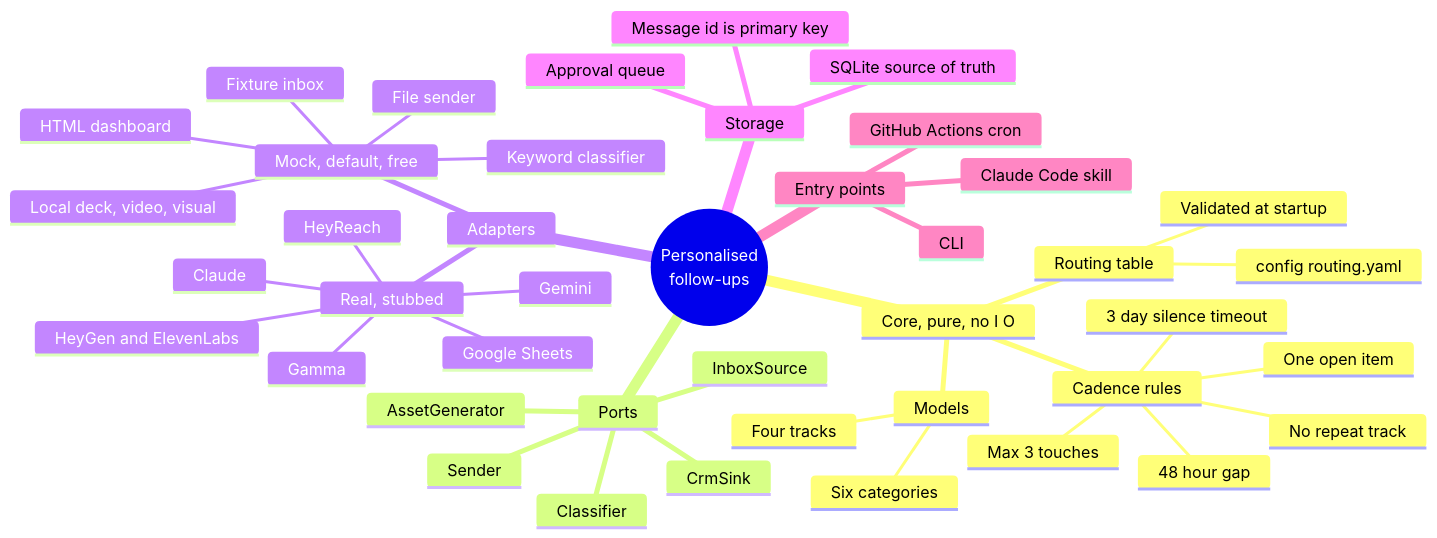
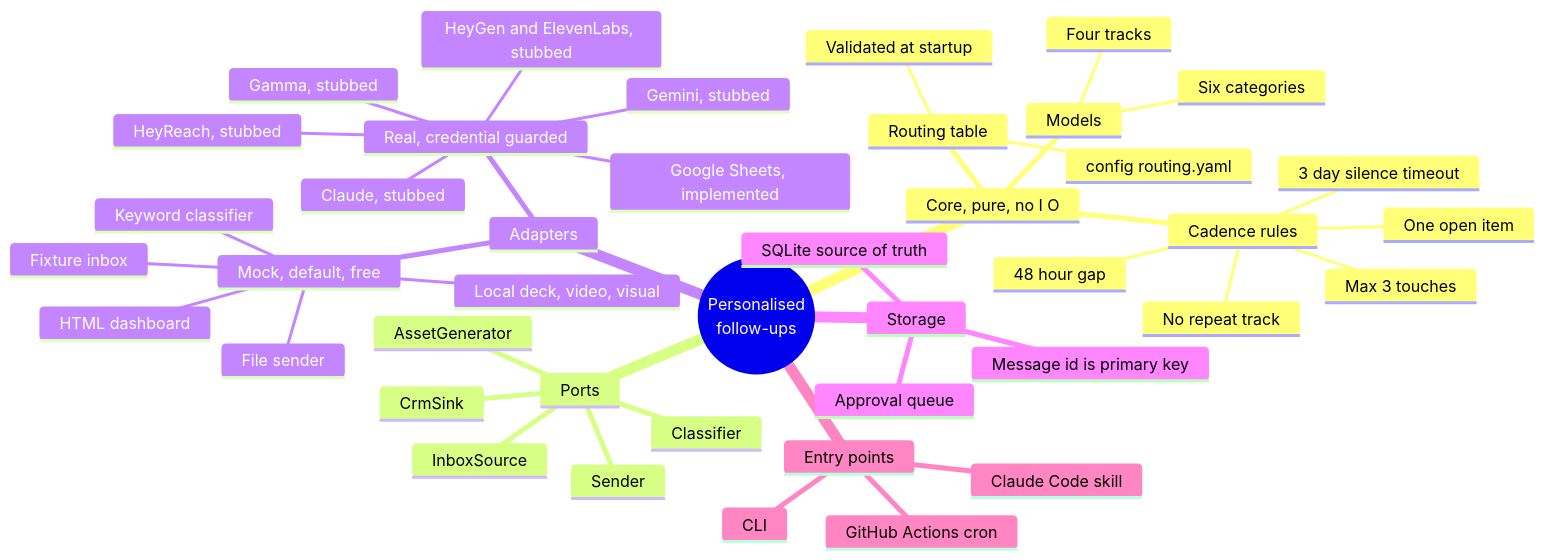
Before and after one commit to prity-creator/personalised-followups-at-scale: the first of 3 diagrams in docs/mindmap.md, drawn with Mermaid. The commit also changed 38 other files, not shown here.

````diff
--- a/docs/mindmap.md
+++ b/docs/mindmap.md
@@ -5,45 +5,45 @@
 ```mermaid
 mindmap
   root((Personalised<br/>follow-ups))
     Core, pure, no I O
       Models
         Six categories
         Four tracks
       Routing table
         config routing.yaml
         Validated at startup
       Cadence rules
         No repeat track
         48 hour gap
         3 day silence timeout
         Max 3 touches
         One open item
     Ports
       InboxSource
       Classifier
       AssetGenerator
       Sender
       CrmSink
     Adapters
       Mock, default, free
         Fixture inbox
         Keyword classifier
         Local deck, video, visual
         File sender
         HTML dashboard
-      Real, stubbed
-        HeyReach
-        Claude
-        Gamma
-        HeyGen and ElevenLabs
-        Gemini
-        Google Sheets
+      Real, credential guarded
+        HeyReach, stubbed
+        Claude, stubbed
+        Gamma, stubbed
+        HeyGen and ElevenLabs, stubbed
+        Gemini, stubbed
+        Google Sheets, implemented
     Storage
       SQLite source of truth
       Message id is primary key
       Approval queue
     Entry points
       CLI
       GitHub Actions cron
       Claude Code skill
 ```
````
